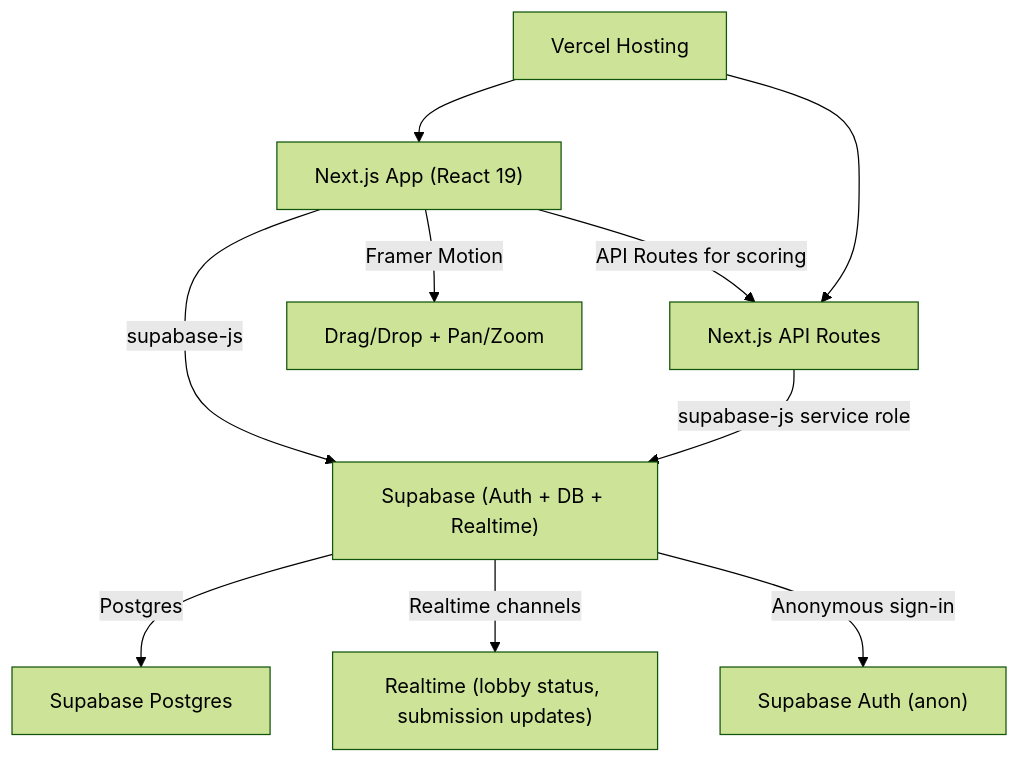
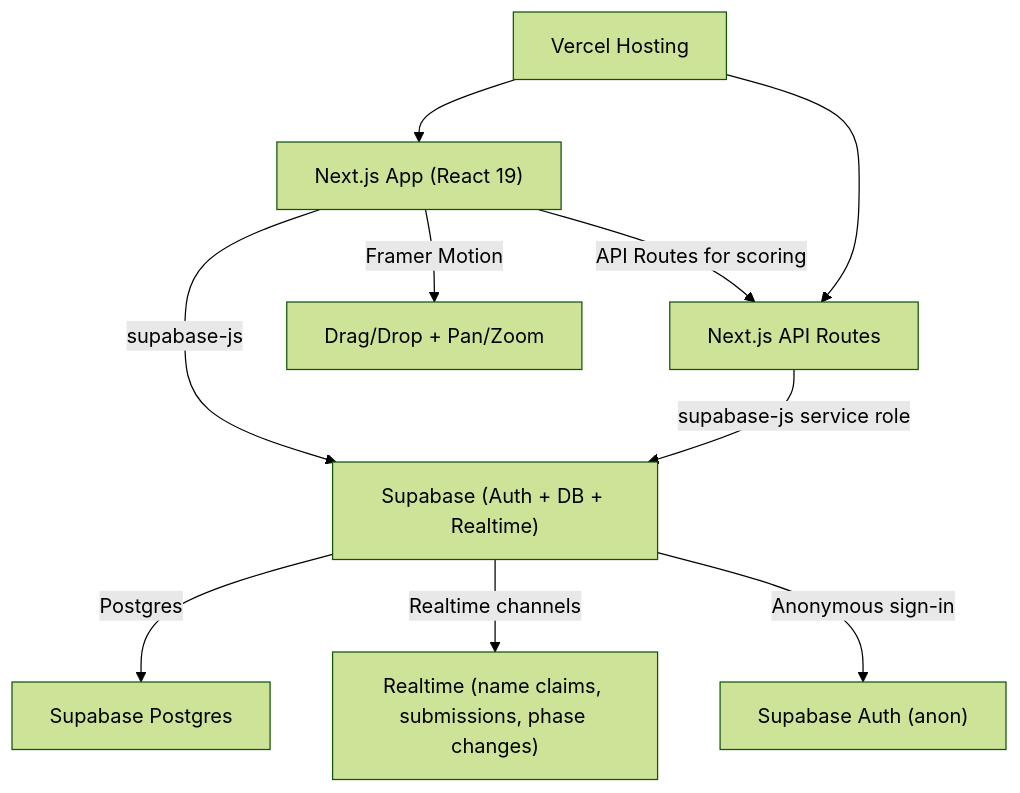
Before and after one commit to DubiousLlama/friend-place-treehacks: the first of 3 diagrams in .cursor/plans/friend_place_game_plan_fd997aac.plan.md, drawn with Mermaid (forest theme). The commit also changed other lines of this file and 3 other files, not shown here.

Commit message:
Updates to game schema

````diff
--- a/.cursor/plans/friend_place_game_plan_fd997aac.plan.md
+++ b/.cursor/plans/friend_place_game_plan_fd997aac.plan.md
@@ -30,12 +53,12 @@
 ```mermaid
 graph TD
     Client["Next.js App (React 19)"] -->|supabase-js| Supabase["Supabase (Auth + DB + Realtime)"]
     Client -->|API Routes for scoring| API["Next.js API Routes"]
     API -->|supabase-js service role| Supabase
     Supabase -->|Postgres| DB["Supabase Postgres"]
-    Supabase -->|Realtime channels| RT["Realtime (lobby status, submission updates)"]
+    Supabase -->|Realtime channels| RT["Realtime (name claims, submissions, phase changes)"]
     Supabase -->|Anonymous sign-in| Auth["Supabase Auth (anon)"]
     Client -->|Framer Motion| Drag["Drag/Drop + Pan/Zoom"]
     Vercel["Vercel Hosting"] --> Client
     Vercel --> API
 ```
````
